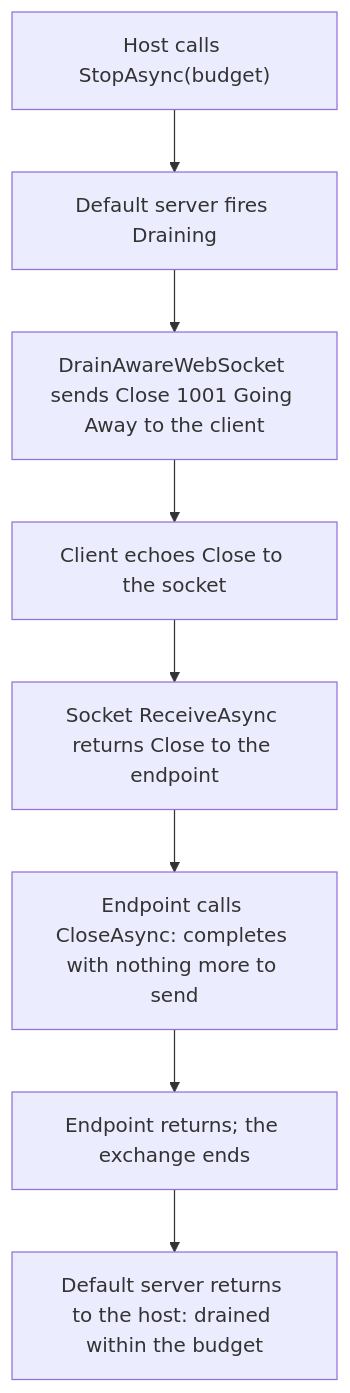
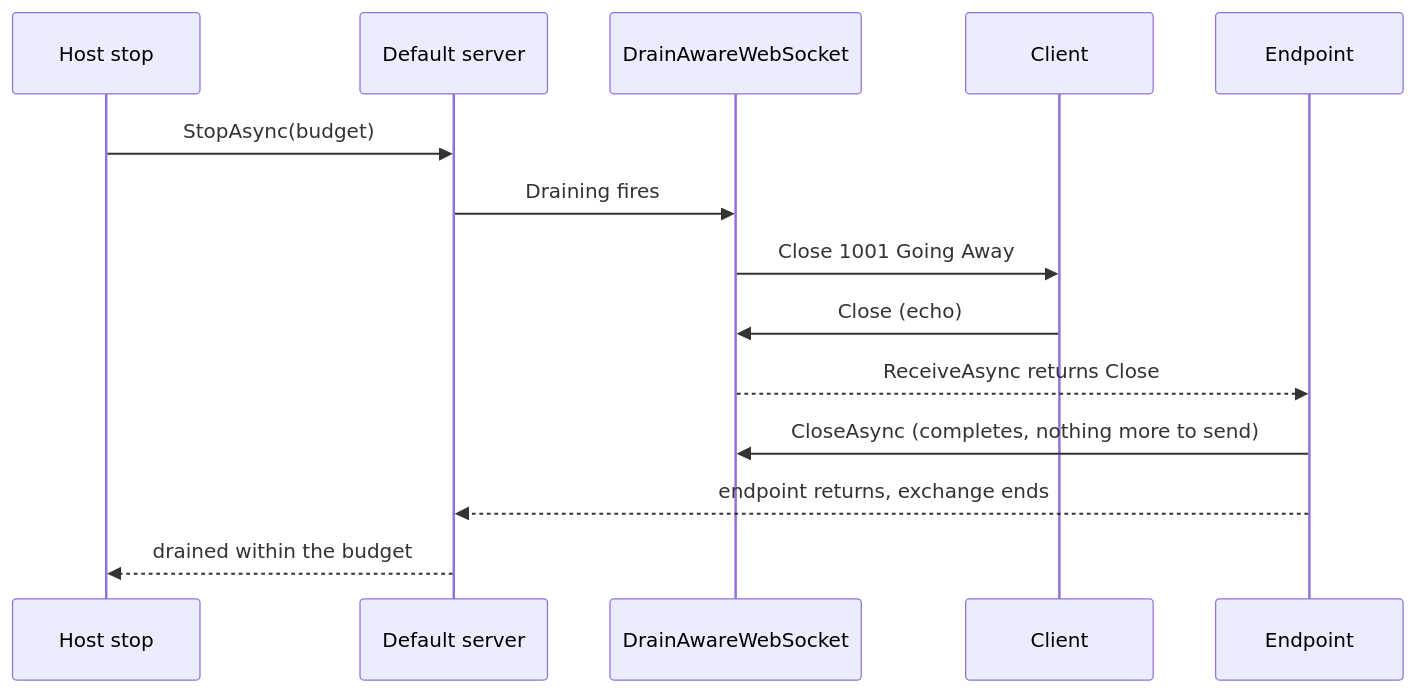
Before and after one commit to assimalign/cohesion-docs: the second of 3 diagrams in docs/dotnet-apis/resources/web/assimalign-cohesion-web-websockets/design.md, drawn with Mermaid. The commit also changed other lines of this file and 194 other files, not shown here.

````diff
--- a/docs/dotnet-apis/resources/web/assimalign-cohesion-web-websockets/design.md
+++ b/docs/dotnet-apis/resources/web/assimalign-cohesion-web-websockets/design.md
@@ -120,10 +120,16 @@
 ```mermaid
-flowchart TD
-    Stop["Host calls StopAsync(budget)"] --> Drain["Default server fires Draining"]
-    Drain --> Close["DrainAwareWebSocket sends Close 1001 Going Away to the client"]
-    Close --> Echo["Client echoes Close to the socket"]
-    Echo --> Receive["Socket ReceiveAsync returns Close to the endpoint"]
-    Receive --> Complete["Endpoint calls CloseAsync: completes with nothing more to send"]
-    Complete --> End["Endpoint returns; the exchange ends"]
-    End --> Drained["Default server returns to the host: drained within the budget"]
+sequenceDiagram
+    participant Host as Host stop
+    participant Server as Default server
+    participant Socket as DrainAwareWebSocket
+    participant Client
+    participant App as Endpoint
+    Host->>Server: StopAsync(budget)
+    Server->>Socket: Draining fires
+    Socket->>Client: Close 1001 Going Away
+    Client->>Socket: Close (echo)
+    Socket-->>App: ReceiveAsync returns Close
+    App->>Socket: CloseAsync (completes, nothing more to send)
+    App-->>Server: endpoint returns, exchange ends
+    Server-->>Host: drained within the budget
 ```
````
